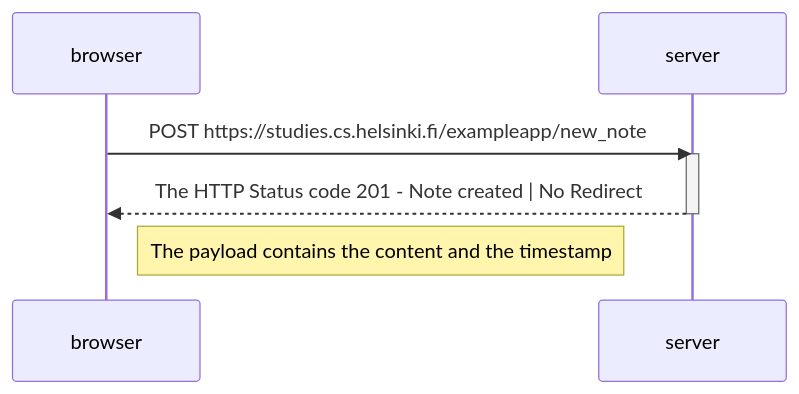
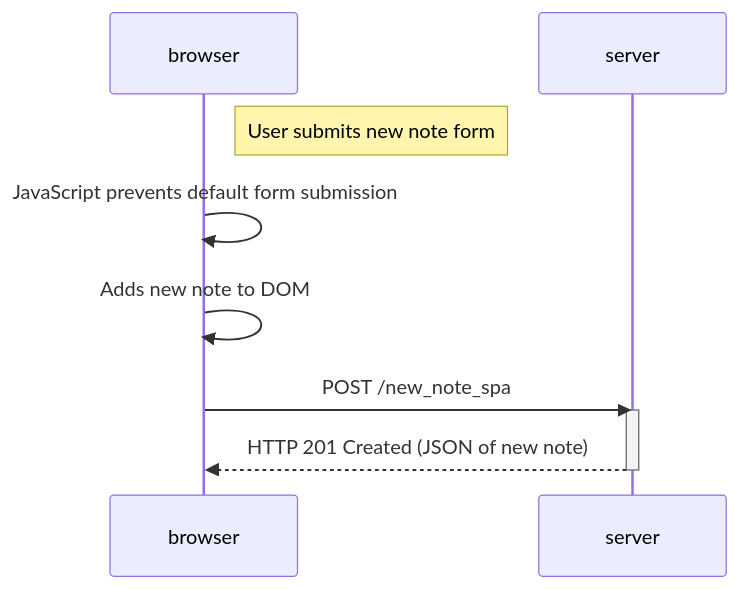
One commit to jacquesaucamp99/Full-Stack-Open changed the diagram in Part 0/6-New-note-in-SPA.md. Above: the diagram before and after it, drawn with Mermaid.

Commit message:
Update 6-New-note-in-SPA.md
Slight changes to diagram

````diff
--- a/Part 0/6-New-note-in-SPA.md
+++ b/Part 0/6-New-note-in-SPA.md
@@ -2,12 +2,15 @@
 ```mermaid
   sequenceDiagram
       participant browser
       participant server
   
-      browser->>server: POST https://studies.cs.helsinki.fi/exampleapp/new_note 
-      activate server 
-      server-->>browser: The HTTP Status code 201 - Note created | No Redirect
+      Note right of browser: User submits new note form
+  
+      browser->>browser: JavaScript prevents default form submission
+      browser->>browser: Adds new note to DOM
+  
+      browser->>server: POST /new_note_spa
+      activate server
+      server-->>browser: HTTP 201 Created (JSON of new note)
       deactivate server
-      
-      Note right of browser: The payload contains the content and the timestamp
 ```
````
